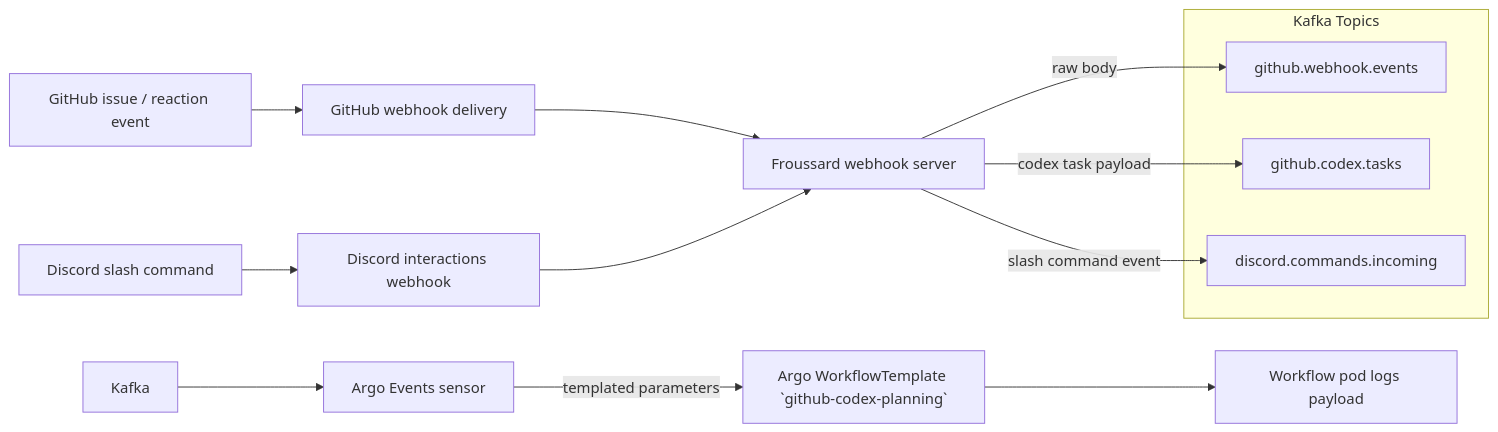
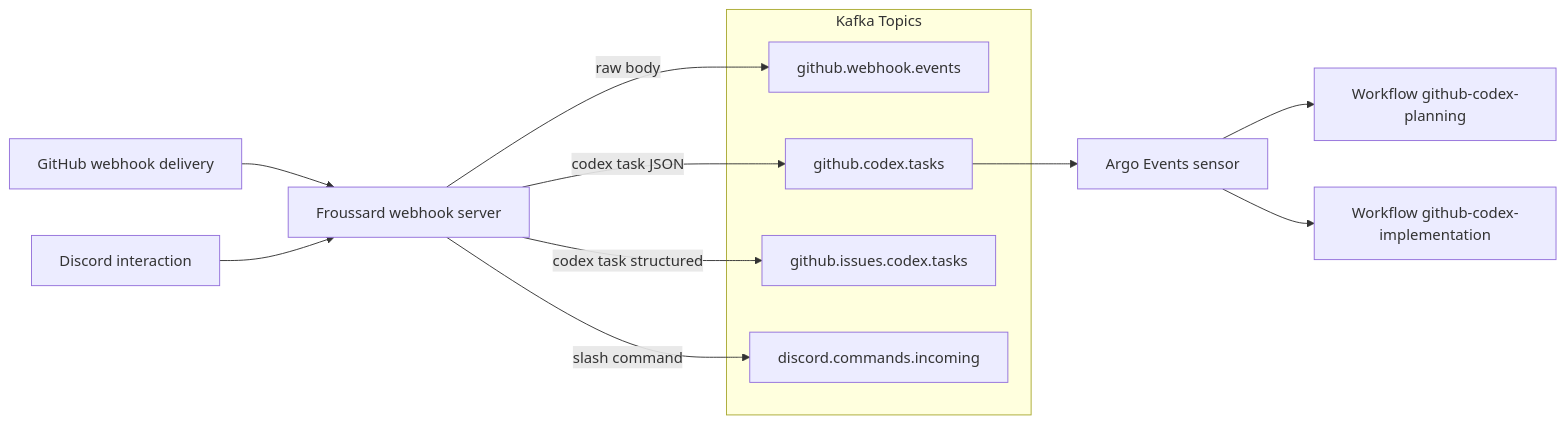
The diagram in apps/froussard/README.md (gregkonush/lab), drawn with Mermaid before and after one commit. The commit also changed other lines of this file and 28 other files, not shown here.

Commit message:
feat: add structured codex task stream

````diff
--- a/apps/froussard/README.md
+++ b/apps/froussard/README.md
@@ -9,18 +9,18 @@
 ```mermaid
 flowchart LR
-  Issue[GitHub issue / reaction event] --> Webhook[GitHub webhook delivery]
-  Slash[Discord slash command] --> DiscordWebhook[Discord interactions webhook]
-  Webhook --> Froussard[Froussard webhook server]
-  DiscordWebhook --> Froussard
+  GH[GitHub webhook delivery] --> Froussard[Froussard webhook server]
+  Discord[Discord interaction] --> Froussard
   subgraph Kafka Topics
-    K1[github.webhook.events]
-    K2[github.codex.tasks]
-    K3[discord.commands.incoming]
+    Raw[github.webhook.events]
+    Tasks[github.codex.tasks]
+    Structured[github.issues.codex.tasks]
+    DiscordTopic[discord.commands.incoming]
   end
-  Froussard -->|raw body| K1
-  Froussard -->|codex task payload| K2
-  Froussard -->|slash command event| K3
-  Kafka --> Sensor[Argo Events sensor]
-  Sensor -->|templated parameters| Workflow[Argo WorkflowTemplate `github-codex-planning`]
-  Workflow --> Pod[Workflow pod logs payload]
+  Froussard -->|raw body| Raw
+  Froussard -->|codex task JSON| Tasks
+  Froussard -->|codex task structured| Structured
+  Froussard -->|slash command| DiscordTopic
+  Tasks --> Sensor[Argo Events sensor]
+  Sensor --> Planning[Workflow github-codex-planning]
+  Sensor --> Implementation[Workflow github-codex-implementation]
 ```
````
